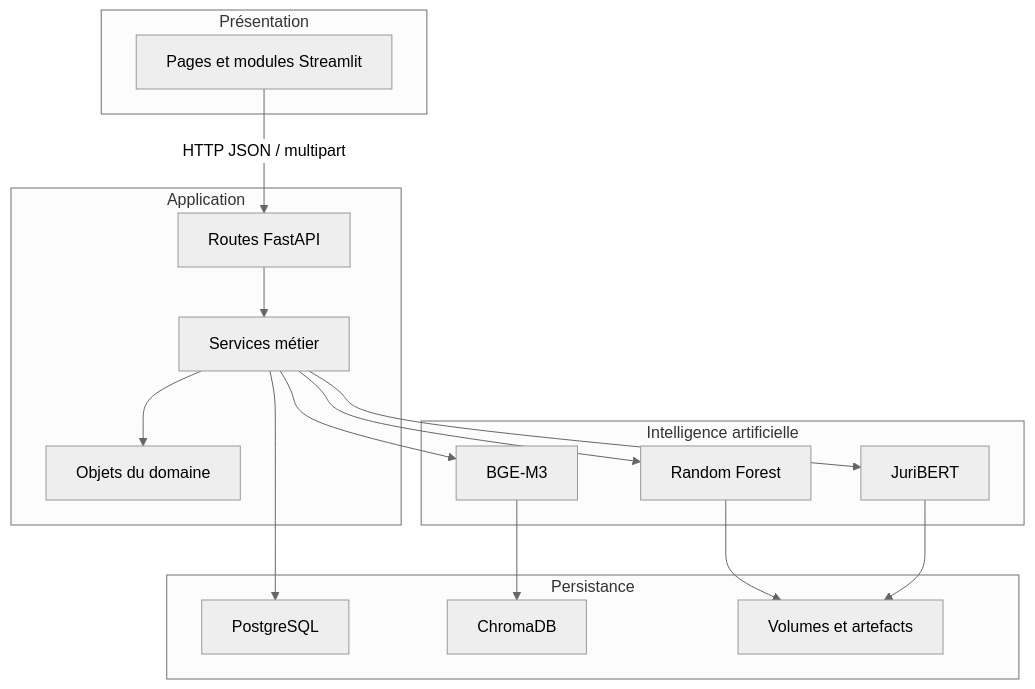
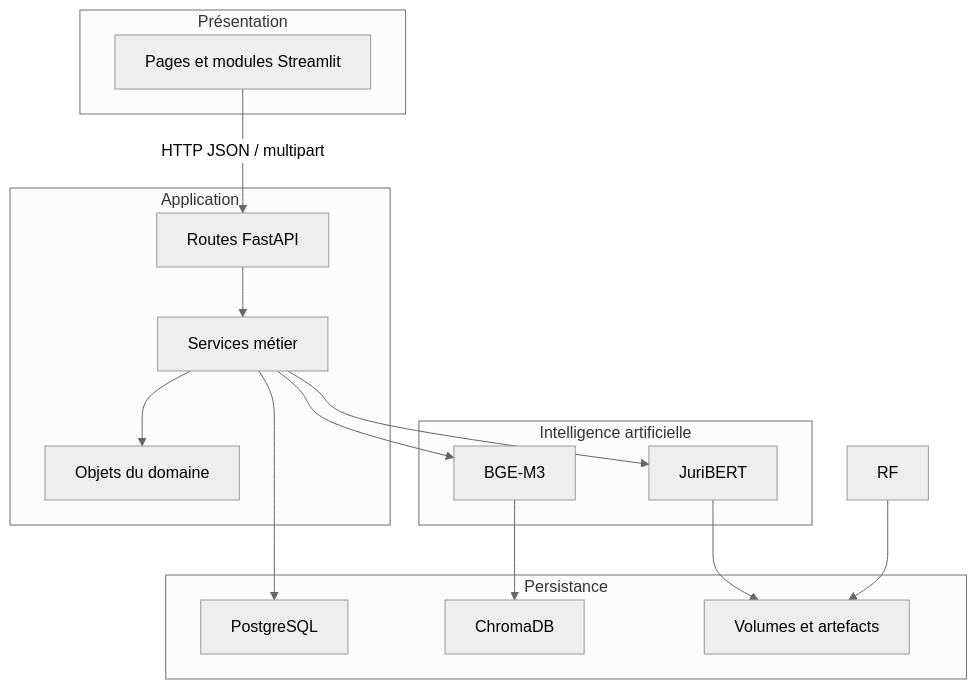
Before and after one commit to prudencia-dev/prudencia: the diagram in docs/architecture.md, drawn with Mermaid (neutral theme). The commit also changed other lines of this file and 6 other files, not shown here.

````diff
--- a/docs/architecture.md
+++ b/docs/architecture.md
@@ -7,31 +7,29 @@
 ```mermaid
 flowchart TB
     subgraph Presentation["Présentation"]
         ST["Pages et modules Streamlit"]
     end
     subgraph Application["Application"]
         RT["Routes FastAPI"]
         SV["Services métier"]
         DM["Objets du domaine"]
     end
     subgraph Intelligence["Intelligence artificielle"]
-        RF["Random Forest"]
         JB["JuriBERT"]
         BG["BGE-M3"]
     end
     subgraph Persistence["Persistance"]
         DB["PostgreSQL"]
         VC["ChromaDB"]
         FS["Volumes et artefacts"]
     end
     ST -->|HTTP JSON / multipart| RT
     RT --> SV
     SV --> DM
-    SV --> RF
     SV --> JB
     SV --> BG
     SV --> DB
     BG --> VC
     RF --> FS
     JB --> FS
 ```
````
